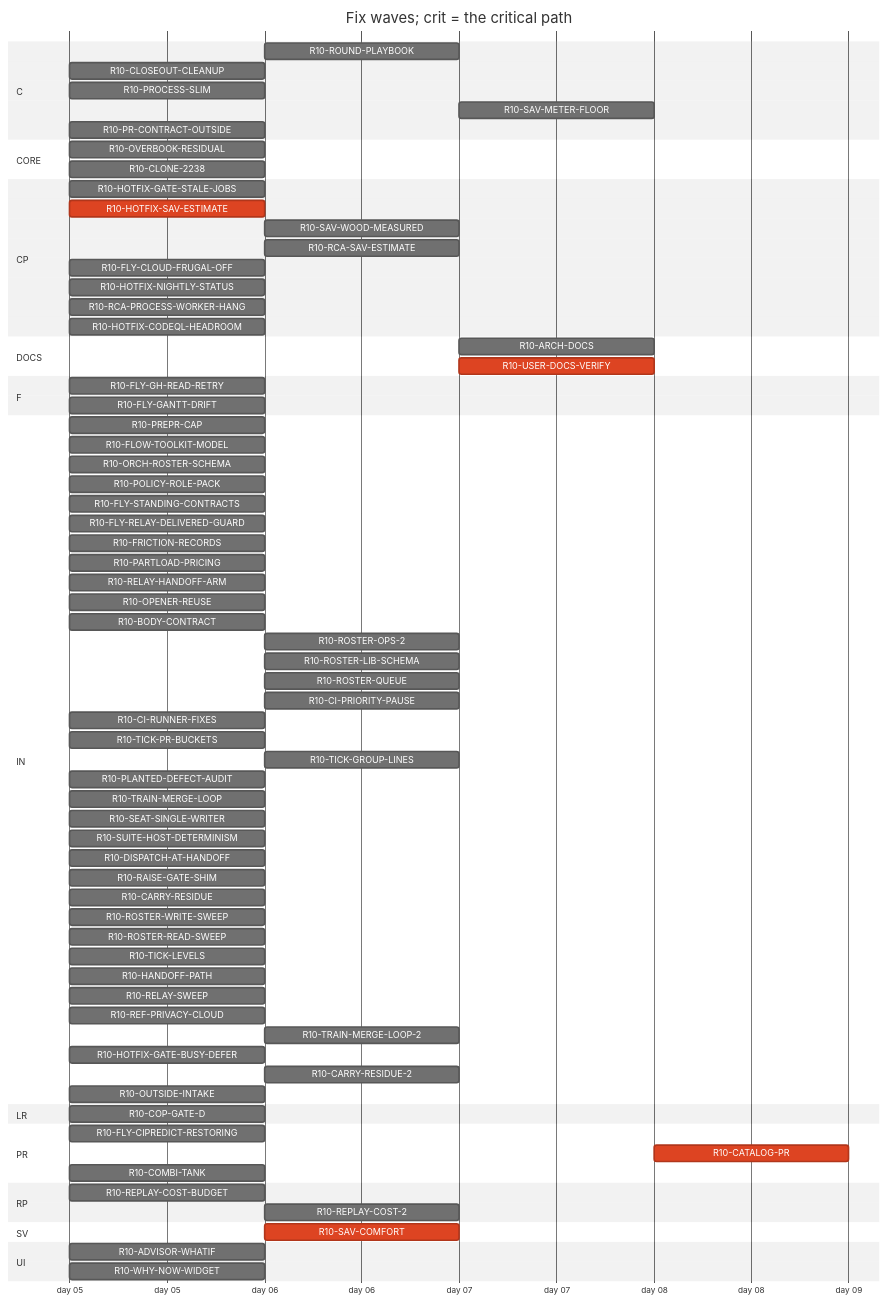
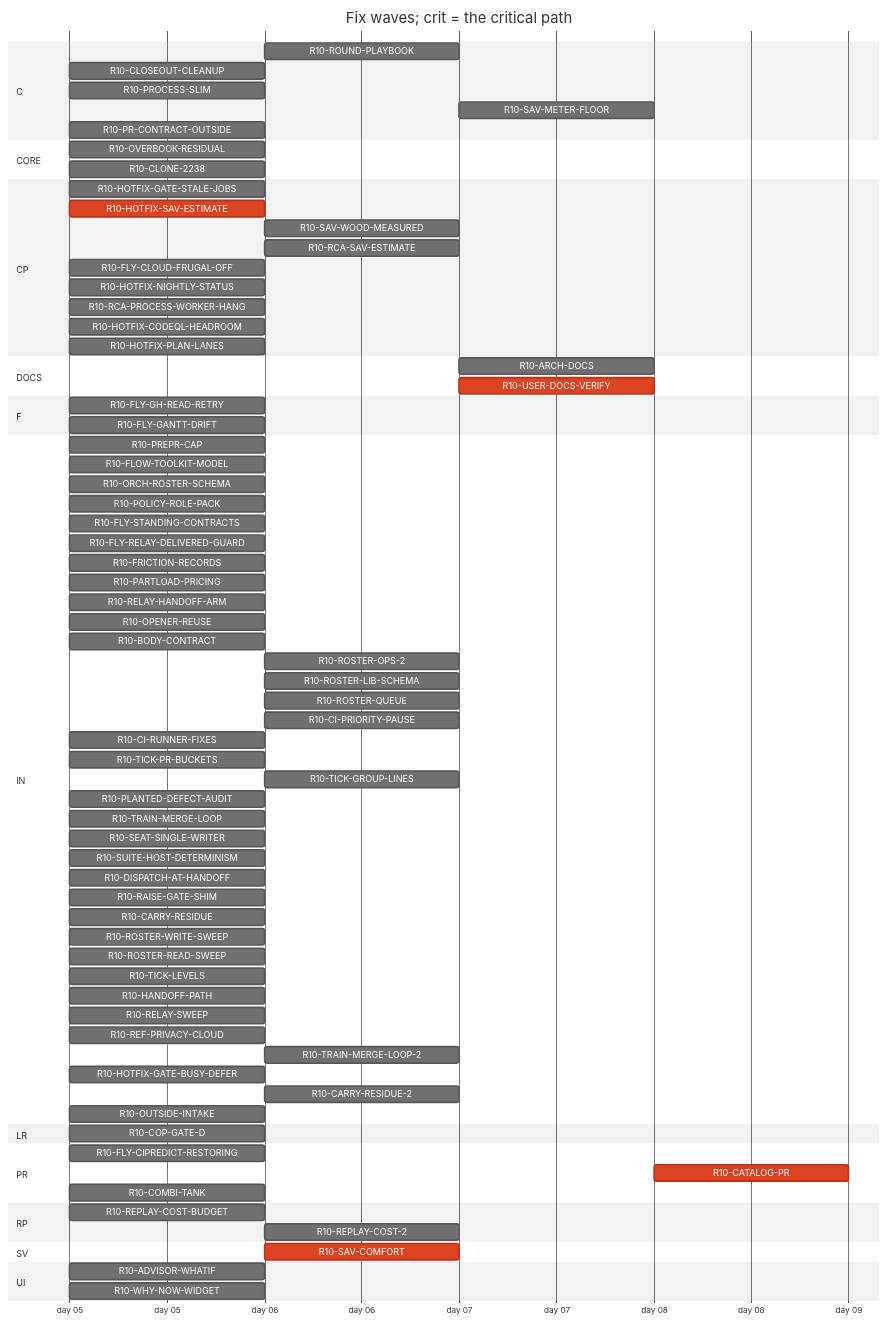
One commit to tvofi/heatpump_optimizer changed the diagram in handoff/round10/state/PLAN-TABLE.md. Above: the diagram before and after it, drawn with Mermaid (neutral theme). The commit also changed other lines of this file and 3 other files, not shown here.

Commit message:
state: FLOW-BOARD.md, NEXT-SESSION-PROMPT.md, PLAN-TABLE.md, RESUME-CURRENT.md regenerated (state_docs.py)

````diff
--- a/handoff/round10/state/PLAN-TABLE.md
+++ b/handoff/round10/state/PLAN-TABLE.md
@@ -24,80 +24,81 @@
 ```mermaid
 gantt
   title Fix waves; crit = the critical path
   dateFormat YYYY-MM-DD
   axisFormat day %d
   section C
     R10-ROUND-PLAYBOOK :r10ROUNDPLAYBOOK, after r10PREPRCAP r10HANDOFFPATH r10RELAYSWEEP r10TRAINMERGELOOP r10DISPATCHATHANDOFF r10BODYCONTRACT r10TICKLEVELS r10CIPRIORITYPAUSE r10ROSTERWRITESWEEP r10ROSTERREADSWEEP r10FLYSTANDINGCONTRACTS r10POLICYROLEPACK r10FRICTIONRECORDS r10FLOWTOOLKITMODEL r10CIRUNNERFIXES r10FLYCIPREDICTRESTORING r10RAISEGATESHIM r10PLANTEDDEFECTAUDIT r10FLYGHREADRETRY r10SUITEHOSTDETERMINISM, 1d
     R10-CLOSEOUT-CLEANUP :r10CLOSEOUTCLEANUP, 2026-01-05, 1d
     R10-PROCESS-SLIM :r10PROCESSSLIM, 2026-01-05, 1d
     R10-SAV-METER-FLOOR :r10SAVMETERFLOOR, after r10HOTFIXSAVESTIMATE r10SAVCOMFORT, 1d
     R10-PR-CONTRACT-OUTSIDE :r10PRCONTRACTOUTSIDE, 2026-01-05, 1d
   section CORE
     R10-OVERBOOK-RESIDUAL :r10OVERBOOKRESIDUAL, 2026-01-05, 1d
     R10-CLONE-2238 :r10CLONE2238, 2026-01-05, 1d
   section CP
     R10-HOTFIX-GATE-STALE-JOBS :r10HOTFIXGATESTALEJOBS, 2026-01-05, 1d
     R10-HOTFIX-SAV-ESTIMATE :crit, r10HOTFIXSAVESTIMATE, 2026-01-05, 1d
     R10-SAV-WOOD-MEASURED :r10SAVWOODMEASURED, after r10HOTFIXSAVESTIMATE, 1d
     R10-RCA-SAV-ESTIMATE :r10RCASAVESTIMATE, after r10HOTFIXSAVESTIMATE, 1d
     R10-FLY-CLOUD-FRUGAL-OFF :r10FLYCLOUDFRUGALOFF, 2026-01-05, 1d
     R10-HOTFIX-NIGHTLY-STATUS :r10HOTFIXNIGHTLYSTATUS, 2026-01-05, 1d
     R10-RCA-PROCESS-WORKER-HANG :r10RCAPROCESSWORKERHANG, 2026-01-05, 1d
     R10-HOTFIX-CODEQL-HEADROOM :r10HOTFIXCODEQLHEADROOM, 2026-01-05, 1d
+    R10-HOTFIX-PLAN-LANES :r10HOTFIXPLANLANES, 2026-01-05, 1d
   section DOCS
     R10-ARCH-DOCS :r10ARCHDOCS, after r10CARRYRESIDUE r10OVERBOOKRESIDUAL r10CLONE2238 r10SAVCOMFORT r10COPGATED r10WHYNOWWIDGET r10PARTLOADPRICING r10ADVISORWHATIF r10REPLAYCOSTBUDGET r10PREPRCAP r10HANDOFFPATH r10RELAYSWEEP r10TRAINMERGELOOP r10DISPATCHATHANDOFF r10BODYCONTRACT r10TICKLEVELS r10CIPRIORITYPAUSE r10ROSTERWRITESWEEP r10ROSTERREADSWEEP r10FLYSTANDINGCONTRACTS r10POLICYROLEPACK r10FRICTIONRECORDS r10FLOWTOOLKITMODEL r10CIRUNNERFIXES r10FLYCIPREDICTRESTORING r10RAISEGATESHIM r10PLANTEDDEFECTAUDIT r10FLYGHREADRETRY r10SUITEHOSTDETERMINISM, 1d
     R10-USER-DOCS-VERIFY :crit, r10USERDOCSVERIFY, after r10CARRYRESIDUE r10OVERBOOKRESIDUAL r10CLONE2238 r10SAVCOMFORT r10COPGATED r10WHYNOWWIDGET r10PARTLOADPRICING r10ADVISORWHATIF r10REPLAYCOSTBUDGET, 1d
   section F
     R10-FLY-GH-READ-RETRY :r10FLYGHREADRETRY, 2026-01-05, 1d
     R10-FLY-GANTT-DRIFT :r10FLYGANTTDRIFT, 2026-01-05, 1d
   section IN
     R10-PREPR-CAP :r10PREPRCAP, 2026-01-05, 1d
     R10-FLOW-TOOLKIT-MODEL :r10FLOWTOOLKITMODEL, 2026-01-05, 1d
     R10-ORCH-ROSTER-SCHEMA :r10ORCHROSTERSCHEMA, 2026-01-05, 1d
     R10-POLICY-ROLE-PACK :r10POLICYROLEPACK, 2026-01-05, 1d
     R10-FLY-STANDING-CONTRACTS :r10FLYSTANDINGCONTRACTS, 2026-01-05, 1d
     R10-FLY-RELAY-DELIVERED-GUARD :r10FLYRELAYDELIVEREDGUARD, 2026-01-05, 1d
     R10-FRICTION-RECORDS :r10FRICTIONRECORDS, 2026-01-05, 1d
     R10-PARTLOAD-PRICING :r10PARTLOADPRICING, 2026-01-05, 1d
     R10-RELAY-HANDOFF-ARM :r10RELAYHANDOFFARM, 2026-01-05, 1d
     R10-OPENER-REUSE :r10OPENERREUSE, 2026-01-05, 1d
     R10-BODY-CONTRACT :r10BODYCONTRACT, 2026-01-05, 1d
     R10-ROSTER-OPS-2 :r10ROSTEROPS2, after r10ORCHROSTERSCHEMA, 1d
     R10-ROSTER-LIB-SCHEMA :r10ROSTERLIBSCHEMA, after r10ORCHROSTERSCHEMA, 1d
     R10-ROSTER-QUEUE :r10ROSTERQUEUE, after r10ORCHROSTERSCHEMA, 1d
     R10-CI-PRIORITY-PAUSE :r10CIPRIORITYPAUSE, after r10TICKLEVELS, 1d
     R10-CI-RUNNER-FIXES :r10CIRUNNERFIXES, 2026-01-05, 1d
     R10-TICK-PR-BUCKETS :r10TICKPRBUCKETS, 2026-01-05, 1d
     R10-TICK-GROUP-LINES :r10TICKGROUPLINES, after r10ORCHROSTERSCHEMA, 1d
     R10-PLANTED-DEFECT-AUDIT :r10PLANTEDDEFECTAUDIT, 2026-01-05, 1d
     R10-TRAIN-MERGE-LOOP :r10TRAINMERGELOOP, 2026-01-05, 1d
     R10-SEAT-SINGLE-WRITER :r10SEATSINGLEWRITER, 2026-01-05, 1d
     R10-SUITE-HOST-DETERMINISM :r10SUITEHOSTDETERMINISM, 2026-01-05, 1d
     R10-DISPATCH-AT-HANDOFF :r10DISPATCHATHANDOFF, 2026-01-05, 1d
     R10-RAISE-GATE-SHIM :r10RAISEGATESHIM, 2026-01-05, 1d
     R10-CARRY-RESIDUE :r10CARRYRESIDUE, 2026-01-05, 1d
     R10-ROSTER-WRITE-SWEEP :r10ROSTERWRITESWEEP, 2026-01-05, 1d
     R10-ROSTER-READ-SWEEP :r10ROSTERREADSWEEP, 2026-01-05, 1d
     R10-TICK-LEVELS :r10TICKLEVELS, 2026-01-05, 1d
     R10-HANDOFF-PATH :r10HANDOFFPATH, 2026-01-05, 1d
     R10-RELAY-SWEEP :r10RELAYSWEEP, 2026-01-05, 1d
     R10-REF-PRIVACY-CLOUD :r10REFPRIVACYCLOUD, 2026-01-05, 1d
     R10-TRAIN-MERGE-LOOP-2 :r10TRAINMERGELOOP2, after r10TRAINMERGELOOP, 1d
     R10-HOTFIX-GATE-BUSY-DEFER :r10HOTFIXGATEBUSYDEFER, 2026-01-05, 1d
     R10-CARRY-RESIDUE-2 :r10CARRYRESIDUE2, after r10CARRYRESIDUE, 1d
     R10-OUTSIDE-INTAKE :r10OUTSIDEINTAKE, 2026-01-05, 1d
   section LR
     R10-COP-GATE-D :r10COPGATED, 2026-01-05, 1d
   section PR
     R10-FLY-CIPREDICT-RESTORING :r10FLYCIPREDICTRESTORING, 2026-01-05, 1d
     R10-CATALOG-PR :crit, r10CATALOGPR, after r10USERDOCSVERIFY r10ARCHDOCS r10ROUNDPLAYBOOK r10CLOSEOUTCLEANUP, 1d
     R10-COMBI-TANK :r10COMBITANK, 2026-01-05, 1d
   section RP
     R10-REPLAY-COST-BUDGET :r10REPLAYCOSTBUDGET, 2026-01-05, 1d
     R10-REPLAY-COST-2 :r10REPLAYCOST2, after r10REPLAYCOSTBUDGET, 1d
   section SV
     R10-SAV-COMFORT :crit, r10SAVCOMFORT, after r10HOTFIXSAVESTIMATE, 1d
   section UI
     R10-ADVISOR-WHATIF :r10ADVISORWHATIF, 2026-01-05, 1d
     R10-WHY-NOW-WIDGET :r10WHYNOWWIDGET, 2026-01-05, 1d
 ```
````
